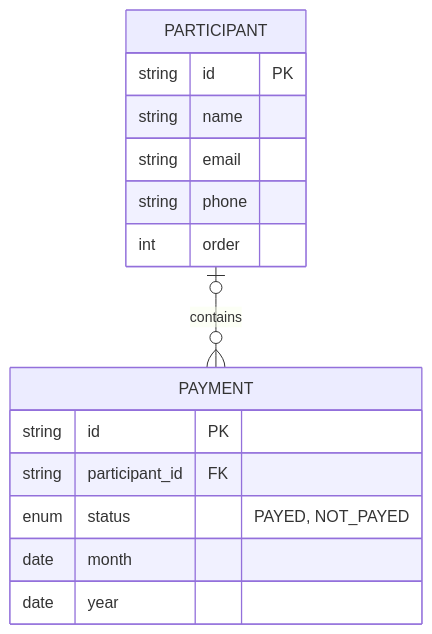
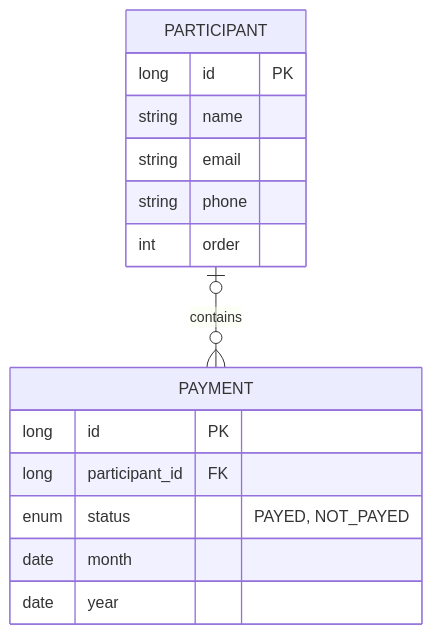
Before and after one commit to RodrigoMaga/youtube-premium-billing-bot: the diagram in docs/Database.md, drawn with Mermaid. The commit also changed 1 other file, not shown here.

Commit message:
database

````diff
--- a/docs/Database.md
+++ b/docs/Database.md
@@ -2,20 +2,20 @@
 ```mermaid
 erDiagram
     PARTICIPANT o|--o{ PAYMENT : contains
 
     PARTICIPANT {
-        string id PK
+        long id PK
         string name
         string email
         string phone
         int order
     }
 
     PAYMENT {
-        string id PK
-        string participant_id FK
+        long id PK
+        long participant_id FK
         enum status "PAYED, NOT_PAYED"
         date month
         date year
     }
 ```
````
